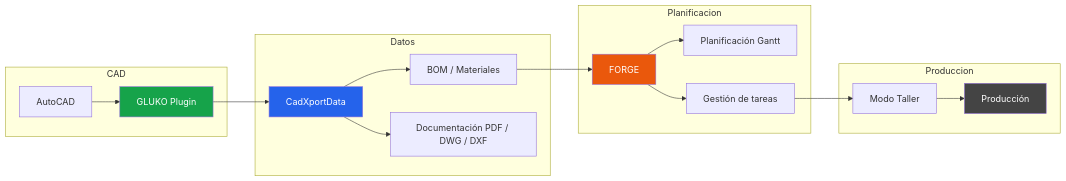
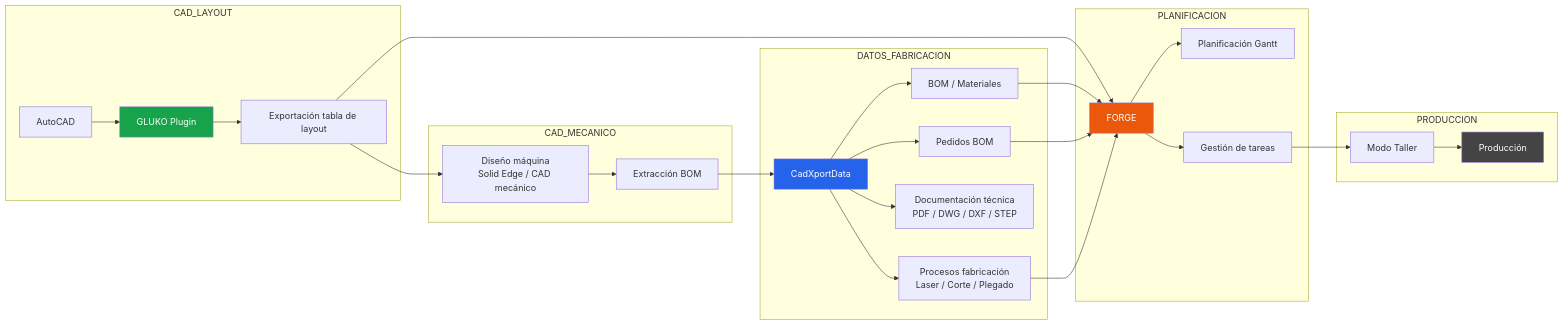
One commit to Megiddo-Source/.github changed the diagram in profile/README.md. Above: the diagram before and after it, drawn with Mermaid.

Commit message:
Refactor flowchart sections in README.md

````diff
--- a/profile/README.md
+++ b/profile/README.md
@@ -64,40 +64,68 @@
 ```mermaid
 flowchart LR
 
-subgraph CAD
+subgraph CAD_LAYOUT
 A[AutoCAD]
 B[GLUKO Plugin]
+C[Exportación tabla de layout]
 end
 
-subgraph Datos
-C[CadXportData]
-D[BOM / Materiales]
-E[Documentación PDF / DWG / DXF]
+subgraph CAD_MECANICO
+D[Diseño máquina<br/>Solid Edge / CAD mecánico]
+E[Extracción BOM]
 end
 
-subgraph Planificacion
-F[FORGE]
-G[Planificación Gantt]
-H[Gestión de tareas]
+subgraph DATOS_FABRICACION
+F[CadXportData]
+G[BOM / Materiales]
+H[Pedidos BOM]
+I[Documentación técnica<br/>PDF / DWG / DXF / STEP]
+J[Procesos fabricación<br/>Laser / Corte / Plegado]
 end
 
-subgraph Produccion
-I[Modo Taller]
-J[Producción]
+subgraph PLANIFICACION
+K[FORGE]
+L[Planificación Gantt]
+M[Gestión de tareas]
+end
+
+subgraph PRODUCCION
+N[Modo Taller]
+O[Producción]
 end
 
 A --> B
 B --> C
+
+%% flujo diseño mecánico
 C --> D
-C --> E
-D --> F
+D --> E
+E --> F
+
+%% flujo proyecto cliente directo
+C --> K
+
+%% gestión datos técnicos
 F --> G
 F --> H
-H --> I
-I --> J
+F --> I
+F --> J
+
+%% entrada planificación
+G --> K
+H --> K
+J --> K
+
+%% planificación
+K --> L
+K --> M
+
+%% producción
+M --> N
+N --> O
 
 style B fill:#16a34a,color:#fff
-style C fill:#2563eb,color:#fff
-style F fill:#ea580c,color:#fff
-style J fill:#444,color:#fff
+style F fill:#2563eb,color:#fff
+style K fill:#ea580c,color:#fff
+style O fill:#444,color:#fff
 ```
````
